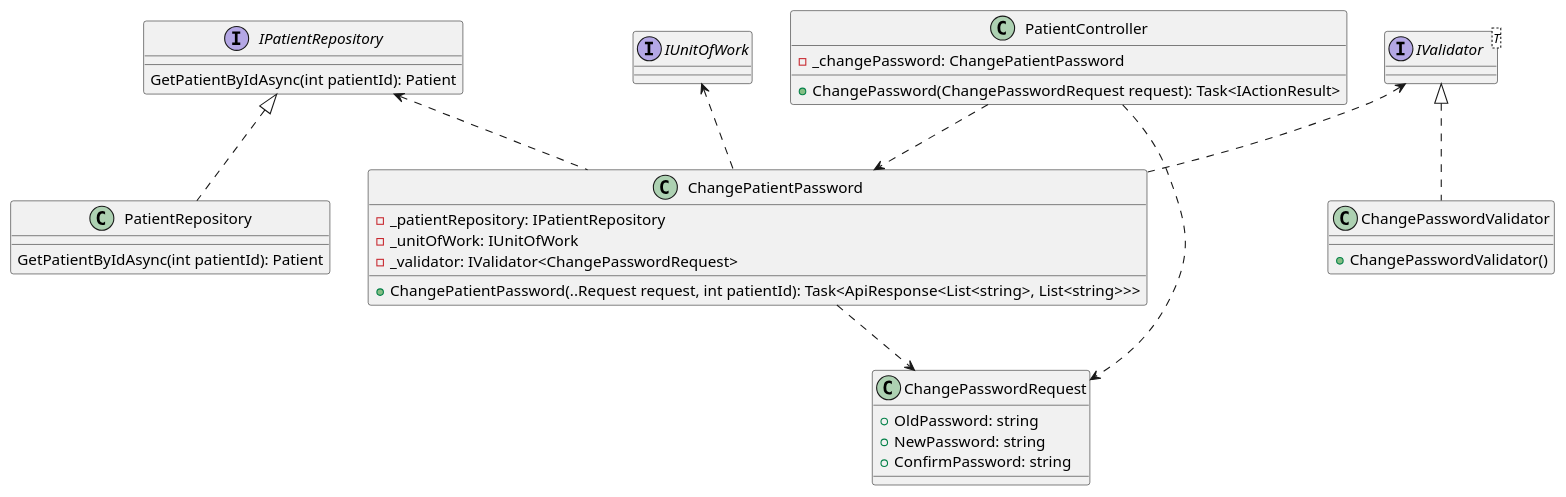
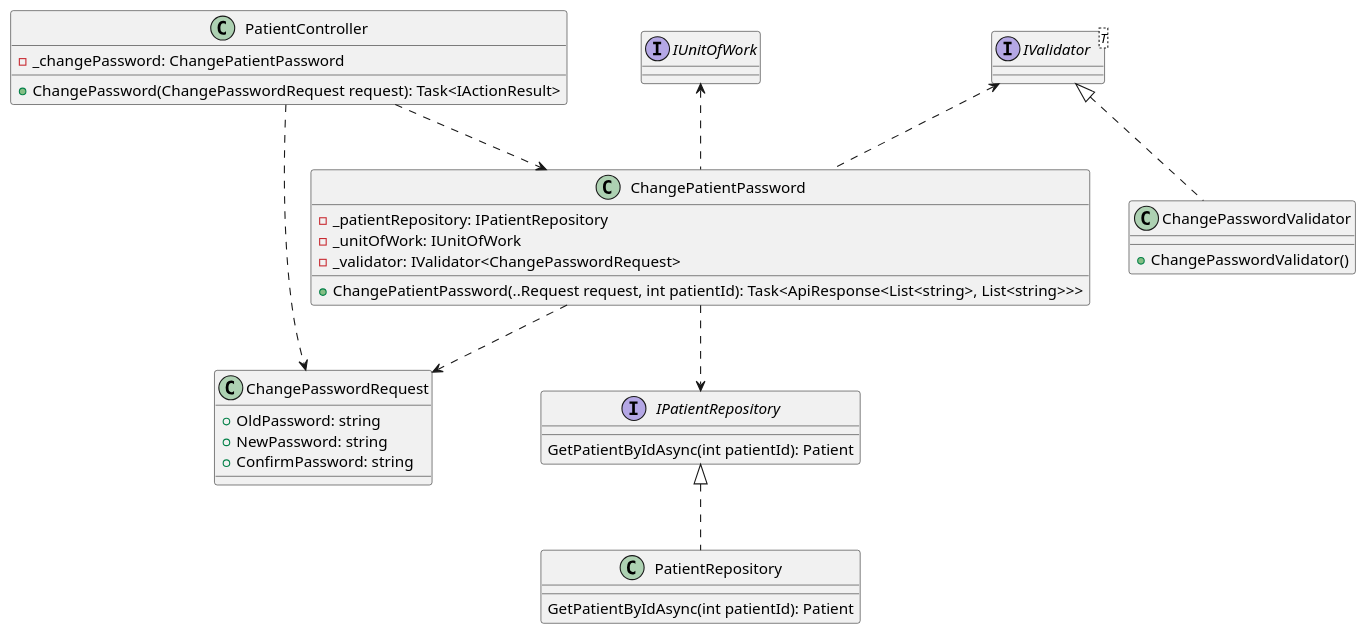
One commit to jang1902/SEP490_Sequence changed the diagram in ClassDiagram/Patient/ChangePasswordCD.puml. Above: the diagram before and after it, drawn with PlantUML. The commit also changed 14 other files, not shown here.

```diff
--- a/ClassDiagram/Patient/ChangePasswordCD.puml
+++ b/ClassDiagram/Patient/ChangePasswordCD.puml
@@ -1,44 +1,45 @@
 @startuml
 interface IPatientRepository{
 GetPatientByIdAsync(int patientId): Patient
 }
 interface IUnitOfWork
 
 class PatientRepository {
 GetPatientByIdAsync(int patientId): Patient
 }
 
   class ChangePatientPassword {
     -  _patientRepository: IPatientRepository
       - _unitOfWork: IUnitOfWork
       - _validator: IValidator<ChangePasswordRequest>
   + ChangePatientPassword(..Request request, int patientId): Task<ApiResponse<List<string>, List<string>>>
   }
 
 class ChangePasswordValidator {
   + ChangePasswordValidator()
 }
 
 class PatientController {
   - _changePassword: ChangePatientPassword
   + ChangePassword(ChangePasswordRequest request): Task<IActionResult>
 }
 
 class ChangePasswordRequest {
   +  OldPassword: string
   +  NewPassword: string
   +  ConfirmPassword: string
 }
 
 IPatientRepository <|.. PatientRepository
-IPatientRepository <.. ChangePatientPassword
+ChangePatientPassword ..> IPatientRepository
+
 IUnitOfWork <.. ChangePatientPassword
 
 
 ChangePatientPassword ..> ChangePasswordRequest
 PatientController ..> ChangePatientPassword
 PatientController ..> ChangePasswordRequest
 interface IValidator<T>
 IValidator <|.. ChangePasswordValidator
 IValidator <.. ChangePatientPassword
 @enduml
```
